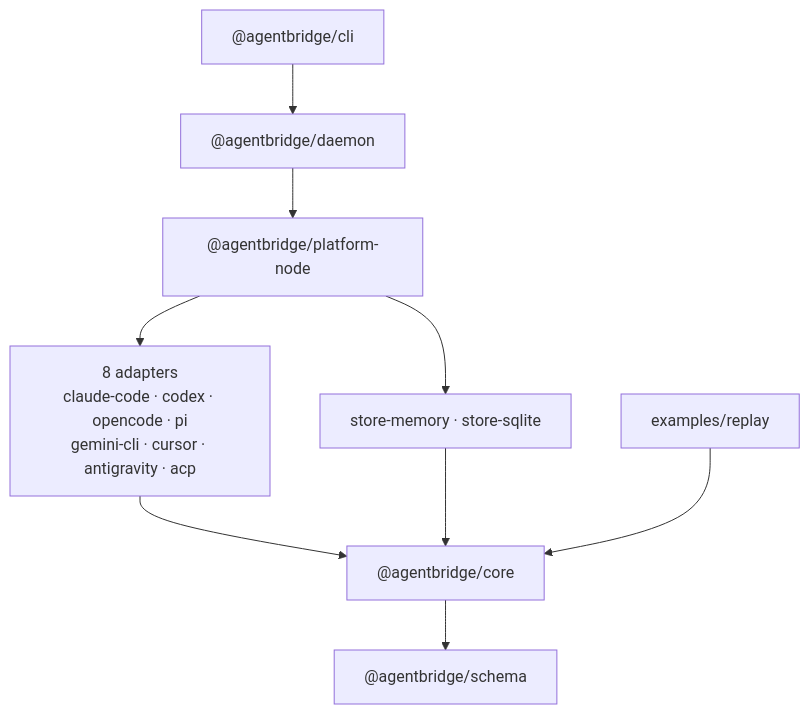
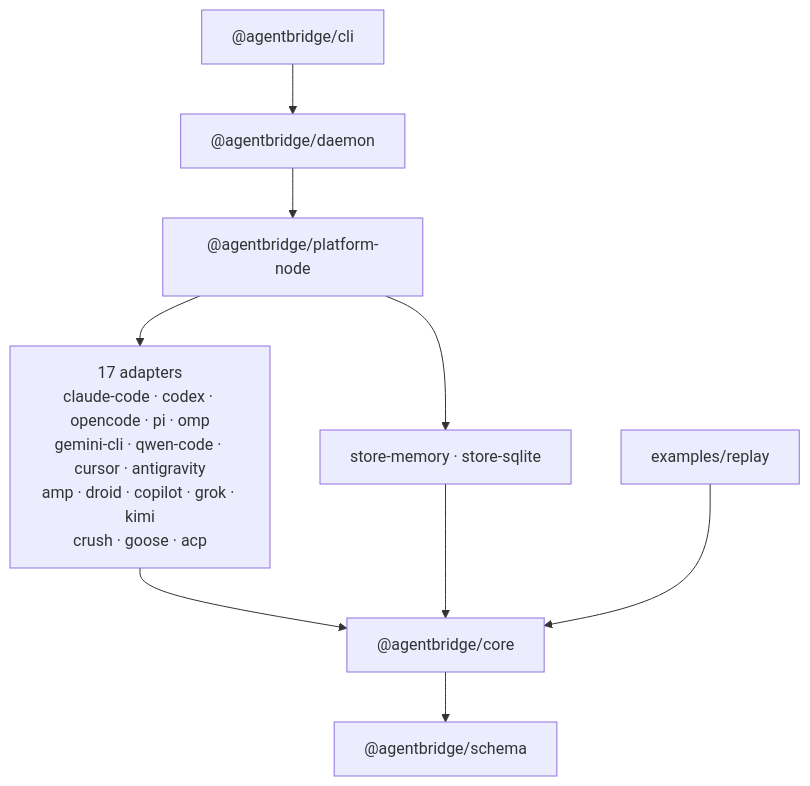
Before and after one commit to jagenaujagenau/agents-bridge: the diagram in README.md, drawn with Mermaid. The commit also changed other lines of this file and 141 other files, not shown here.

First line of the commit message:
feat(adapters): add omp, amp, droid, copilot, qwen-code, grok, kimi, crush and goose

````diff
--- a/README.md
+++ b/README.md
@@ -122,20 +134,20 @@
 ```mermaid
 graph TD
     Schema["@agentbridge/schema"]
     Core["@agentbridge/core"]
-    Adapters["8 adapters<br/>claude-code · codex · opencode · pi<br/>gemini-cli · cursor · antigravity · acp"]
+    Adapters["17 adapters<br/>claude-code · codex · opencode · pi · omp<br/>gemini-cli · qwen-code · cursor · antigravity<br/>amp · droid · copilot · grok · kimi<br/>crush · goose · acp"]
     Stores["store-memory · store-sqlite"]
     Node["@agentbridge/platform-node"]
     Daemon["@agentbridge/daemon"]
     CLI["@agentbridge/cli"]
     Replay["examples/replay"]
 
     Core --> Schema
     Adapters --> Core
     Stores --> Core
     Node --> Adapters
     Node --> Stores
     Daemon --> Node
     CLI --> Daemon
     Replay --> Core
 ```
````
